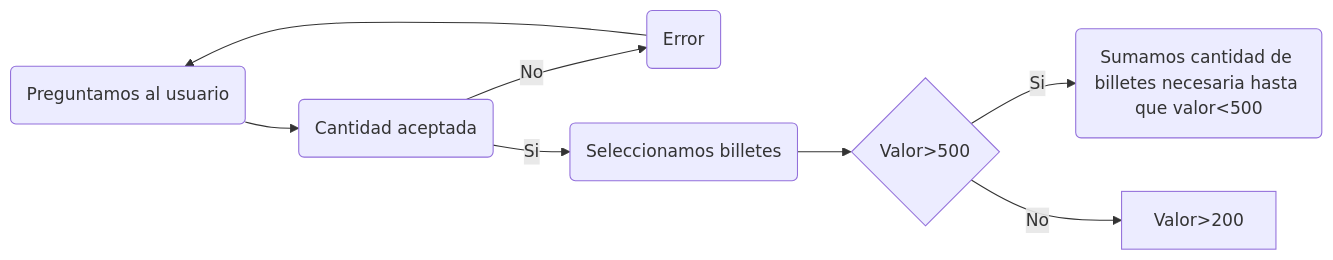
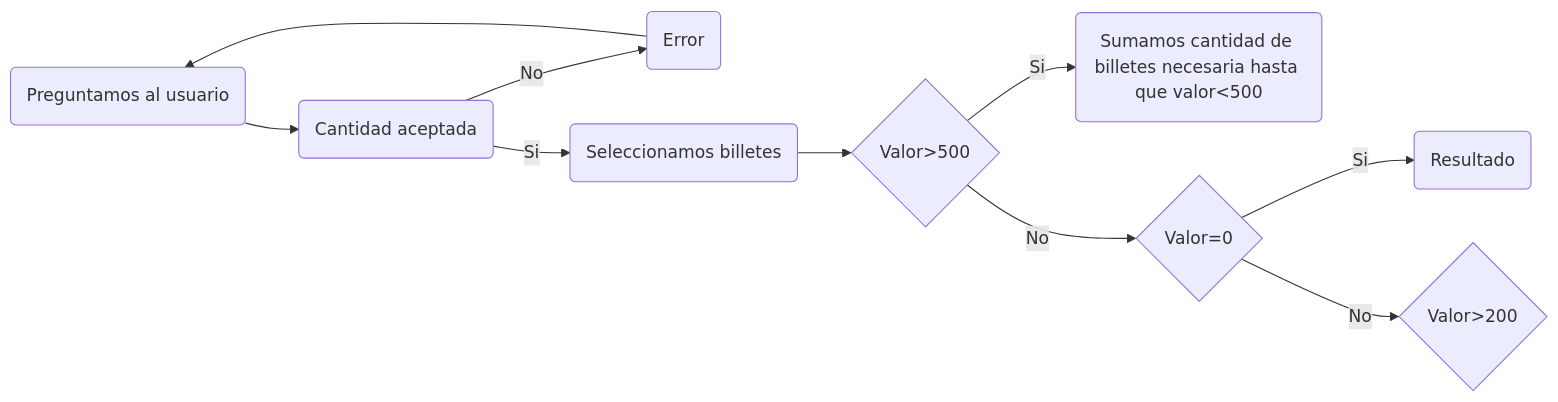
One commit to PachecoASIR/Diagramas changed the first of 2 diagrams in README.md. Above: the diagram before and after it, drawn with Mermaid.

````diff
--- a/README.md
+++ b/README.md
@@ -9,10 +9,12 @@
 ```mermaid
 flowchart LR
     A(Preguntamos al usuario) -->B(Cantidad aceptada)
     B -->|No| C(Error)
     B -->|Si| D(Seleccionamos billetes)
     C --> A
     D --> E{Valor>500}
     E -->|Si| F(Sumamos cantidad de billetes necesaria hasta que valor<500)
-    E -->|No| G[Valor>200]
+    E -->|No| G{Valor=0}
+    G -->|Si| Z(Resultado)
+    G -->|No| H{Valor>200}
 ```
````
